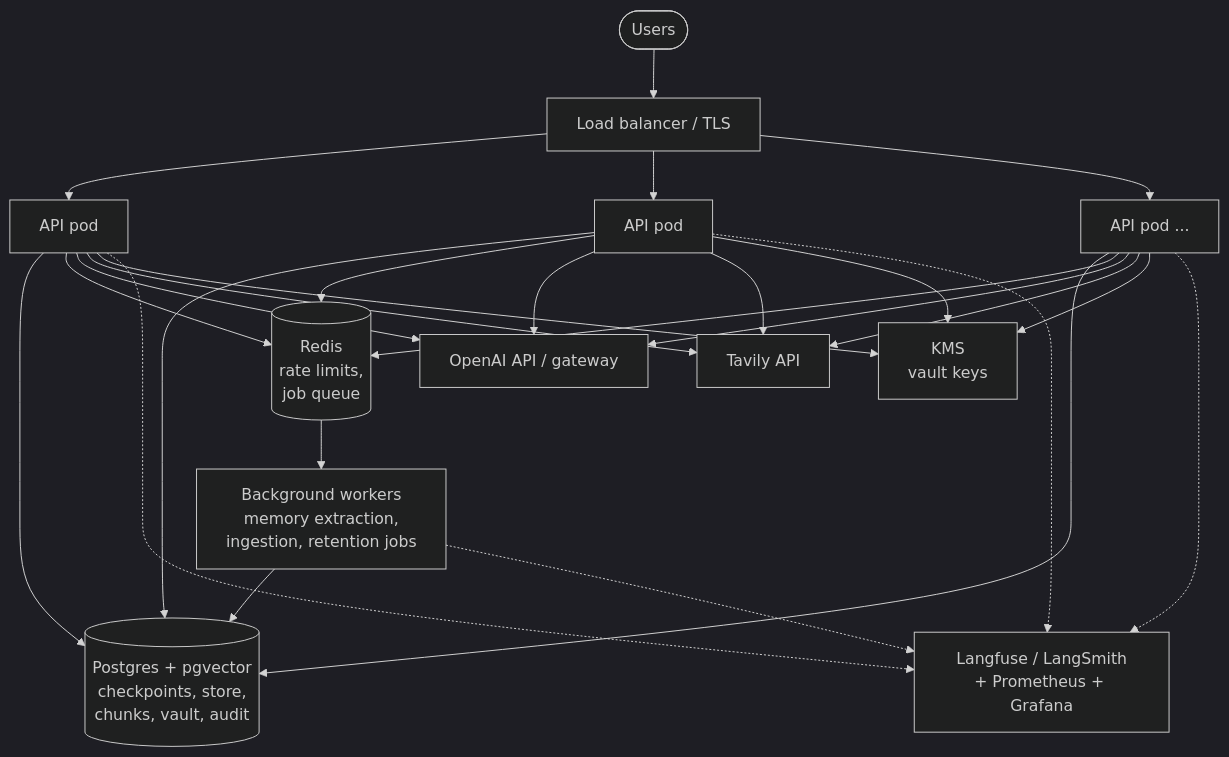
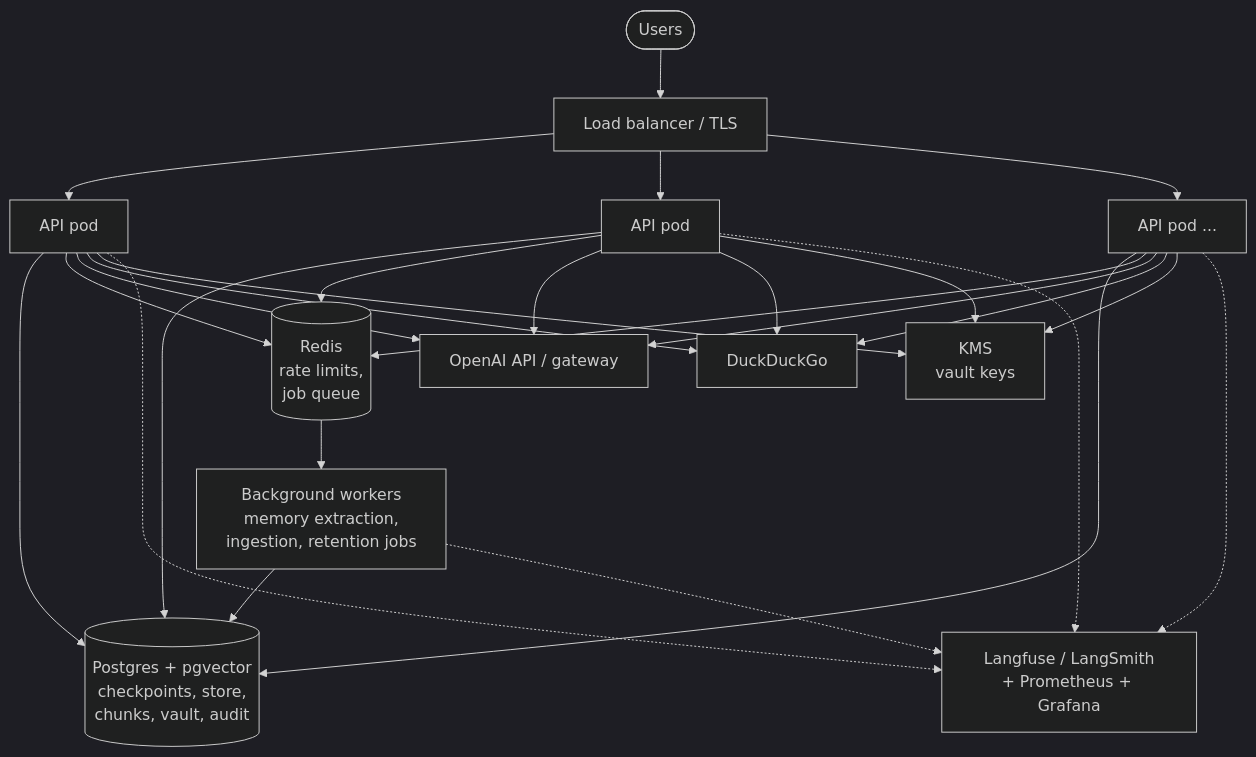
Before and after one commit to Anirudh1905/agentic-ai-chatbot: the first of 2 diagrams in docs/phase-7-production-hardening.md, drawn with Mermaid (dark theme). The commit also changed other lines of this file and 49 other files, not shown here.

````diff
--- a/docs/phase-7-production-hardening.md
+++ b/docs/phase-7-production-hardening.md
@@ -17,19 +17,19 @@
 ```mermaid
 flowchart TB
     Users([Users]) --> LB[Load balancer / TLS]
     LB --> API1[API pod]
     LB --> API2[API pod]
     LB --> APIn[API pod ...]
 
     API1 & API2 & APIn --> PG[(Postgres + pgvector<br/>checkpoints, store,<br/>chunks, vault, audit)]
     API1 & API2 & APIn --> Redis[(Redis<br/>rate limits,<br/>job queue)]
     Redis --> Workers[Background workers<br/>memory extraction,<br/>ingestion, retention jobs]
     Workers --> PG
 
     API1 & API2 & APIn --> LLMAPI[OpenAI API / gateway]
-    API1 & API2 & APIn --> Tavily[Tavily API]
+    API1 & API2 & APIn --> Search[DuckDuckGo]
     API1 & API2 & APIn --> KMS[KMS<br/>vault keys]
 
     API1 & API2 & APIn -.-> Obs[Langfuse / LangSmith<br/>+ Prometheus + Grafana]
     Workers -.-> Obs
 ```
````
